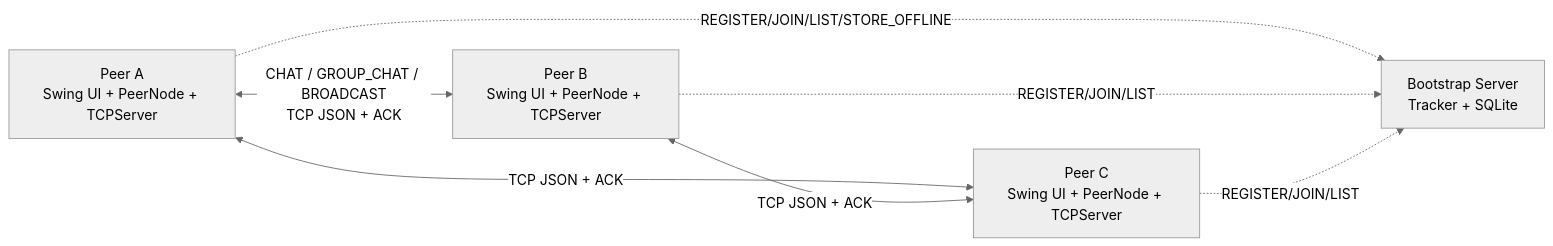
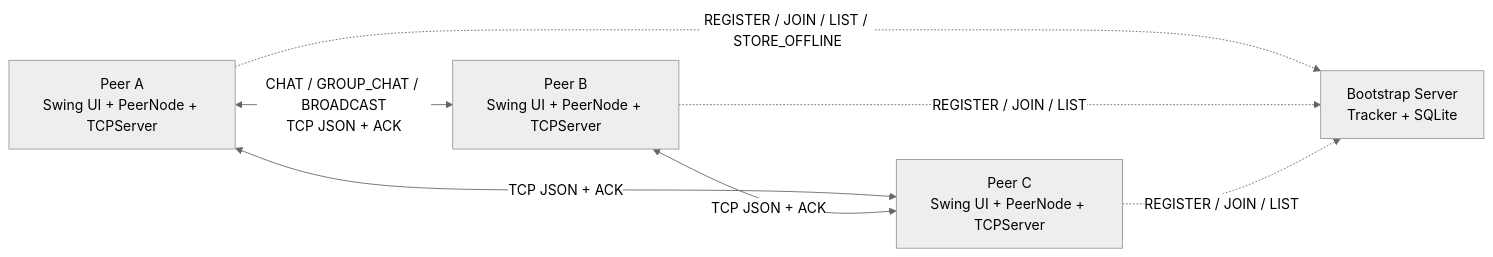
Before and after one commit to dungcony/p2p: the first of 4 diagrams in docs/nop-bai/02_bao_cao_kien_truc_he_thong.md, drawn with Mermaid (neutral theme). The commit also changed other lines of this file and 14 other files, not shown here.

````diff
--- a/docs/nop-bai/02_bao_cao_kien_truc_he_thong.md
+++ b/docs/nop-bai/02_bao_cao_kien_truc_he_thong.md
@@ -8,14 +14,14 @@
 ```mermaid
 flowchart LR
     A["Peer A<br/>Swing UI + PeerNode + TCPServer"]
     B["Peer B<br/>Swing UI + PeerNode + TCPServer"]
     C["Peer C<br/>Swing UI + PeerNode + TCPServer"]
     BS["Bootstrap Server<br/>Tracker + SQLite"]
 
     A <-->|"CHAT / GROUP_CHAT / BROADCAST<br/>TCP JSON + ACK"| B
     A <-->|"TCP JSON + ACK"| C
     B <-->|"TCP JSON + ACK"| C
-    A -. "REGISTER/JOIN/LIST/STORE_OFFLINE" .-> BS
-    B -. "REGISTER/JOIN/LIST" .-> BS
-    C -. "REGISTER/JOIN/LIST" .-> BS
+    A -. "REGISTER / JOIN / LIST / STORE_OFFLINE" .-> BS
+    B -. "REGISTER / JOIN / LIST" .-> BS
+    C -. "REGISTER / JOIN / LIST" .-> BS
 ```
````
